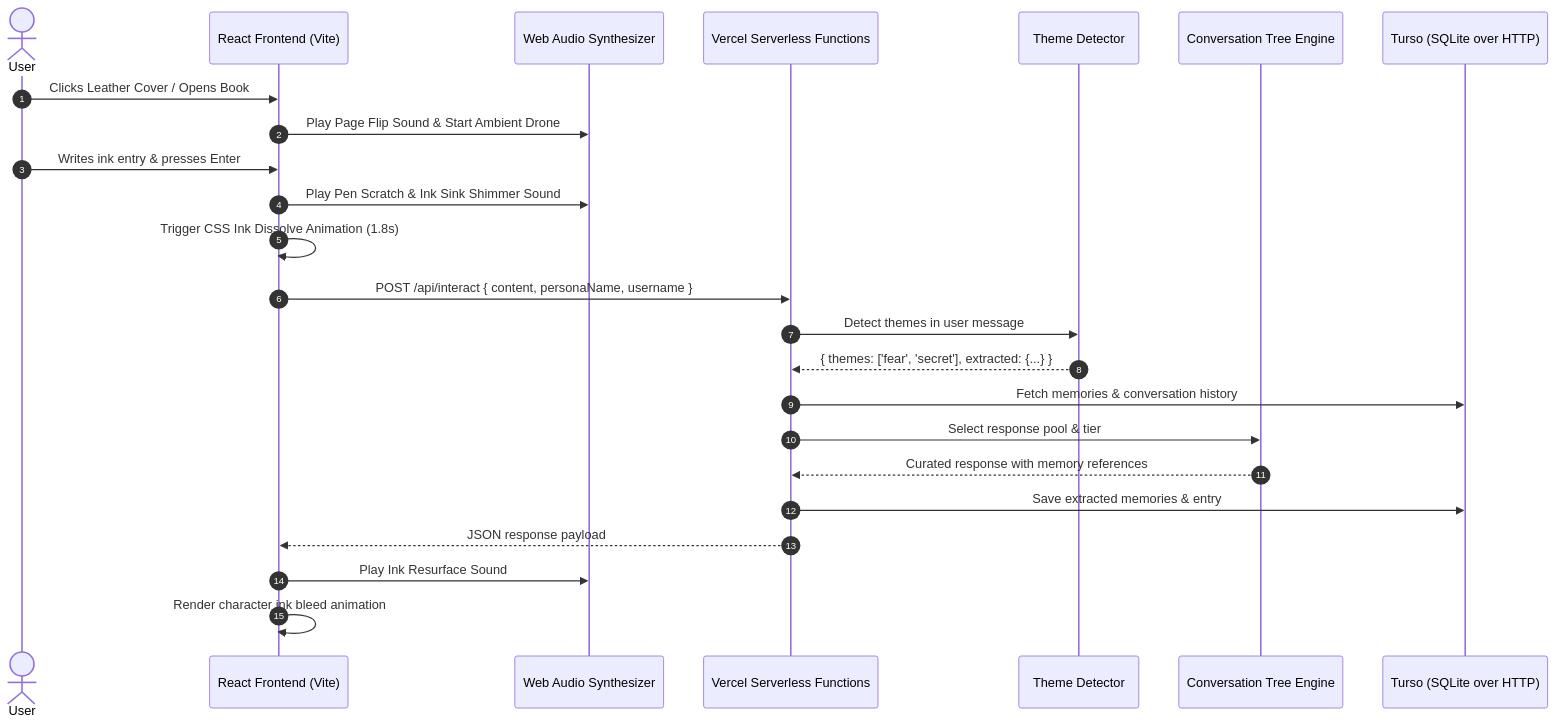
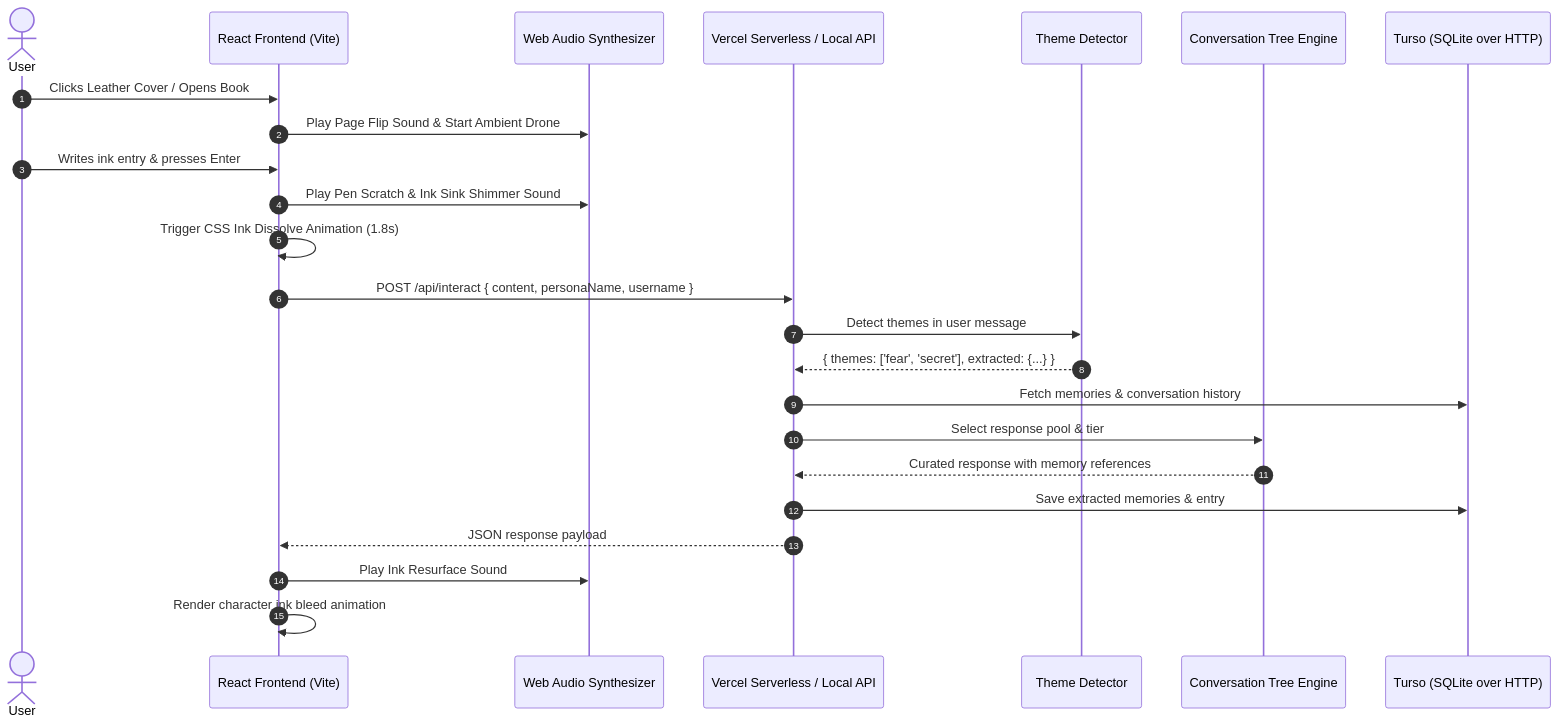
Before and after one commit to rkbart/inkbound: the diagram in DOCUMENTATION.md, drawn with Mermaid. The commit also changed other lines of this file and 1 other file, not shown here.

First line of the commit message:
docs: update README and DOCUMENTATION for current architecture

````diff
--- a/DOCUMENTATION.md
+++ b/DOCUMENTATION.md
@@ -31,27 +32,27 @@
 ```mermaid
 sequenceDiagram
     autonumber
     actor User as User
     participant App as React Frontend (Vite)
     participant Audio as Web Audio Synthesizer
-    participant API as Vercel Serverless Functions
+    participant API as Vercel Serverless / Local API
     participant Themes as Theme Detector
     participant Diary as Conversation Tree Engine
     participant DB as Turso (SQLite over HTTP)
 
     User->>App: Clicks Leather Cover / Opens Book
     App->>Audio: Play Page Flip Sound & Start Ambient Drone
     User->>App: Writes ink entry & presses Enter
     App->>Audio: Play Pen Scratch & Ink Sink Shimmer Sound
     App->>App: Trigger CSS Ink Dissolve Animation (1.8s)
     App->>API: POST /api/interact { content, personaName, username }
     API->>Themes: Detect themes in user message
     Themes-->>API: { themes: ['fear', 'secret'], extracted: {...} }
     API->>DB: Fetch memories & conversation history
     API->>Diary: Select response pool & tier
     Diary-->>API: Curated response with memory references
     API->>DB: Save extracted memories & entry
     API-->>App: JSON response payload
     App->>Audio: Play Ink Resurface Sound
     App->>App: Render character ink bleed animation
 ```
````
